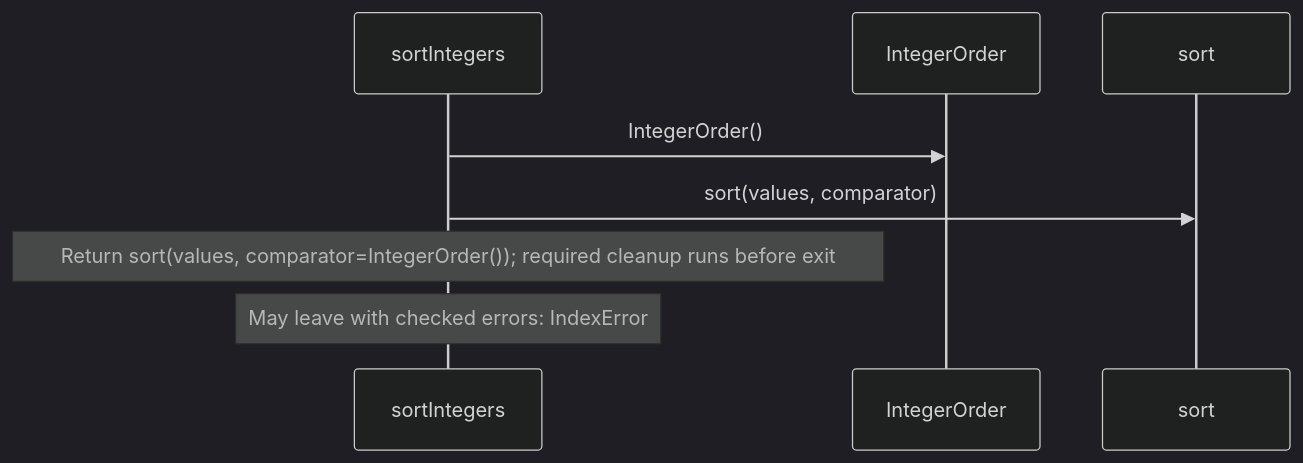
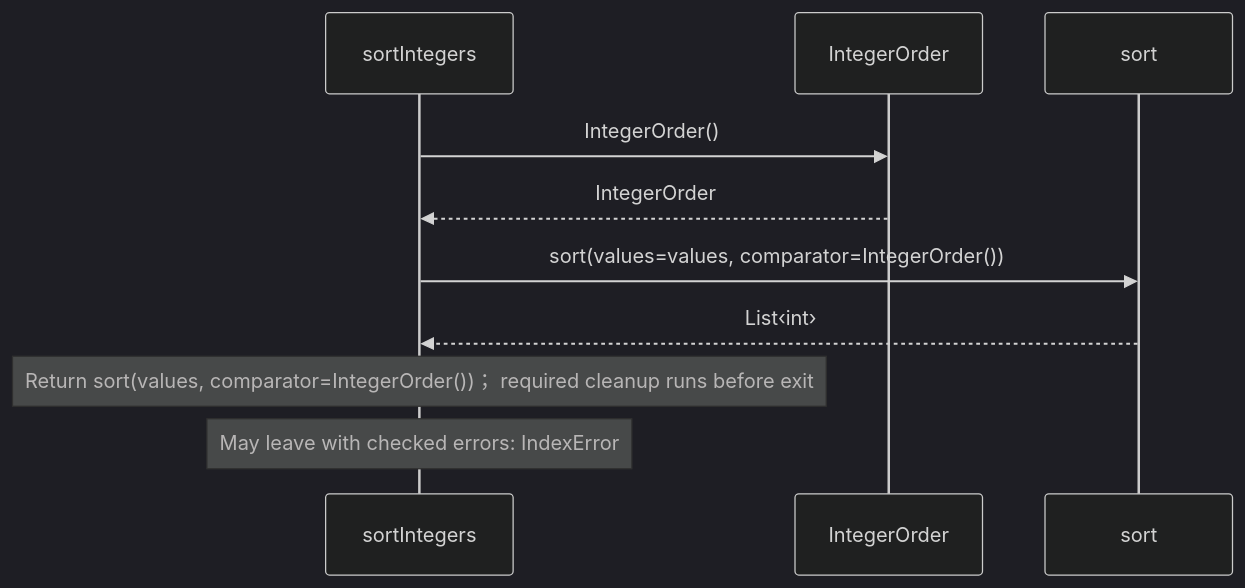
One commit to GreenPandaStudios/augscript changed diagram 11 of 12 in src/stdlib/collections/operations.aug.diagrams.md. Above: the diagram before and after it, drawn with Mermaid (dark theme). The commit also changed other lines of this file and 524 other files, not shown here.

Commit message:
Explain checked data flow at folder and service levels

````diff
--- a/src/stdlib/collections/operations.aug.diagrams.md
+++ b/src/stdlib/collections/operations.aug.diagrams.md
@@ -368,10 +345,12 @@
 ```mermaid
 sequenceDiagram
     participant p0 as sortIntegers
     participant p1 as IntegerOrder
     participant p2 as sort
     p0->>p1: IntegerOrder()
-    p0->>p2: sort(values, comparator)
-    Note over p0: Return sort(values, comparator=IntegerOrder())#59; required cleanup runs before exit
+    p1-->>p0: IntegerOrder
+    p0->>p2: sort(values=values, comparator=IntegerOrder())
+    p2-->>p0: List‹int›
+    Note over p0: Return sort(values, comparator=IntegerOrder())； required cleanup runs before exit
     Note over p0: May leave with checked errors: IndexError
 ```
````
